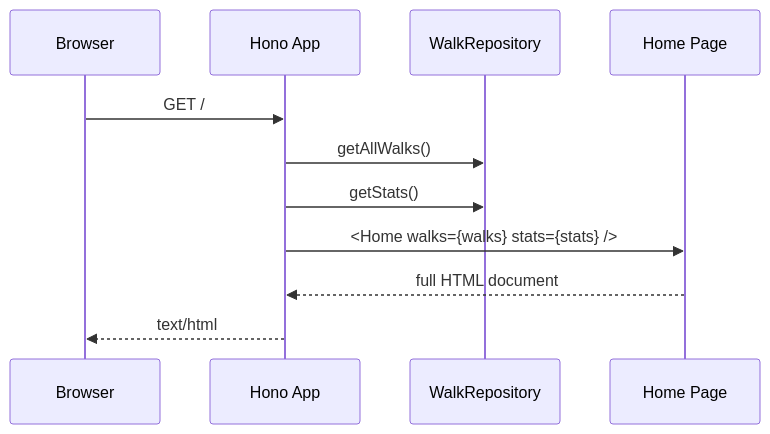
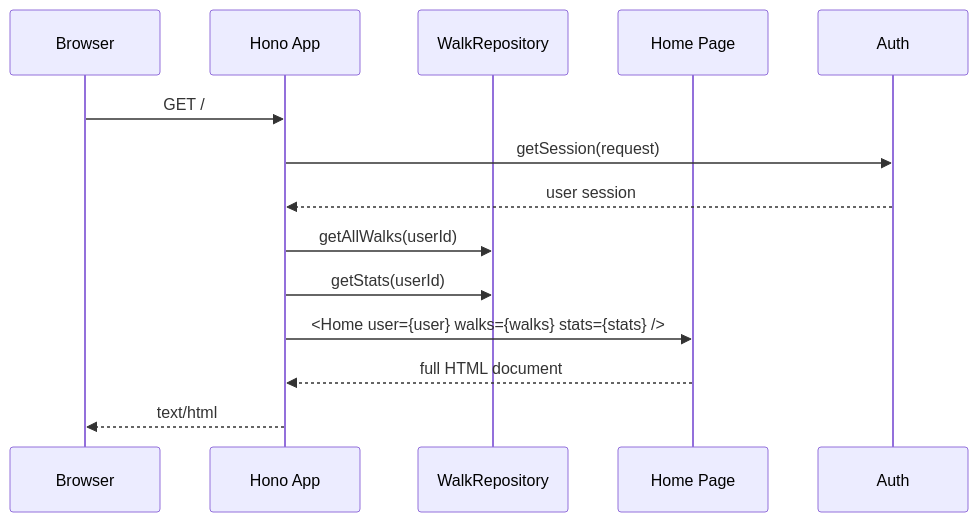
Before and after one commit to Macavitymadcap/hyper-dank: the first of 2 diagrams in ARCHITECTURE.md, drawn with Mermaid. The commit also changed other lines of this file and 53 other files, not shown here.

````diff
--- a/ARCHITECTURE.md
+++ b/ARCHITECTURE.md
@@ -81,14 +93,16 @@
 ```mermaid
 sequenceDiagram
     participant Browser
     participant App as Hono App
     participant Repo as WalkRepository
     participant Page as Home Page
 
     Browser->>App: GET /
-    App->>Repo: getAllWalks()
-    App->>Repo: getStats()
-    App->>Page: <Home walks={walks} stats={stats} />
+    App->>Auth: getSession(request)
+    Auth-->>App: user session
+    App->>Repo: getAllWalks(userId)
+    App->>Repo: getStats(userId)
+    App->>Page: <Home user={user} walks={walks} stats={stats} />
     Page-->>App: full HTML document
     App-->>Browser: text/html
 ```
````
